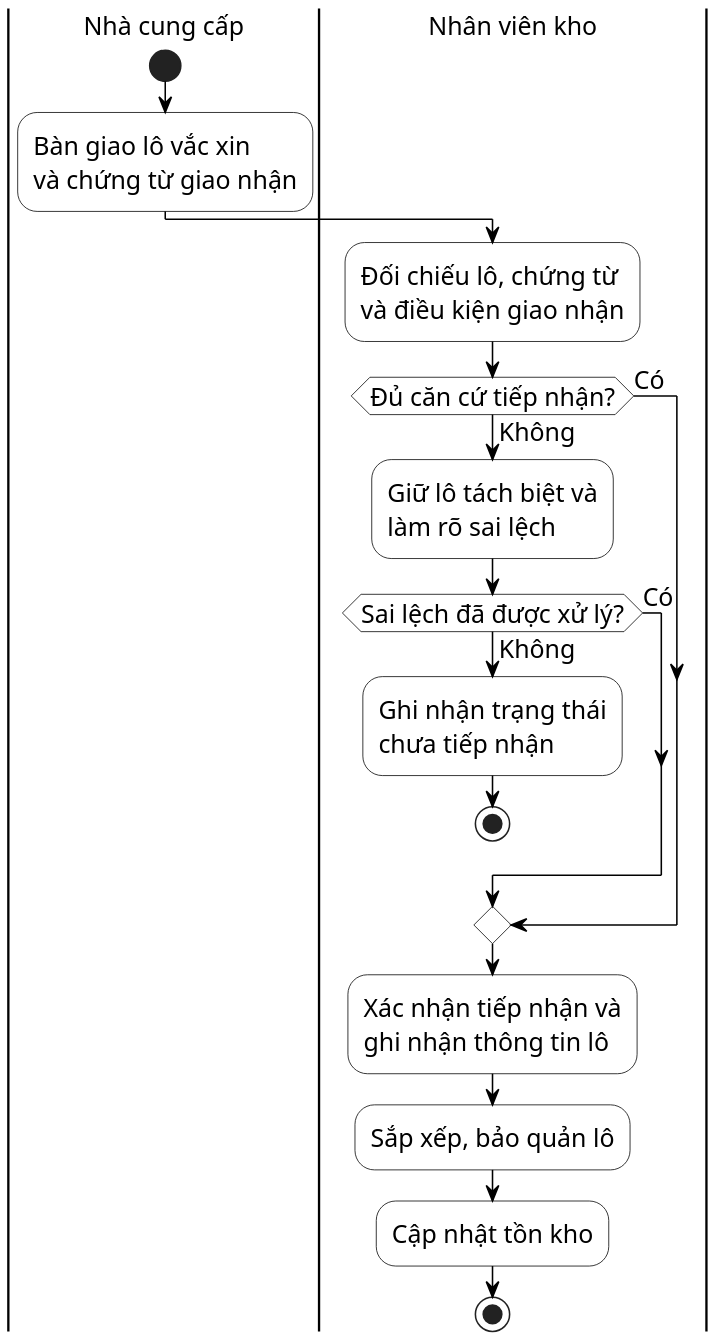
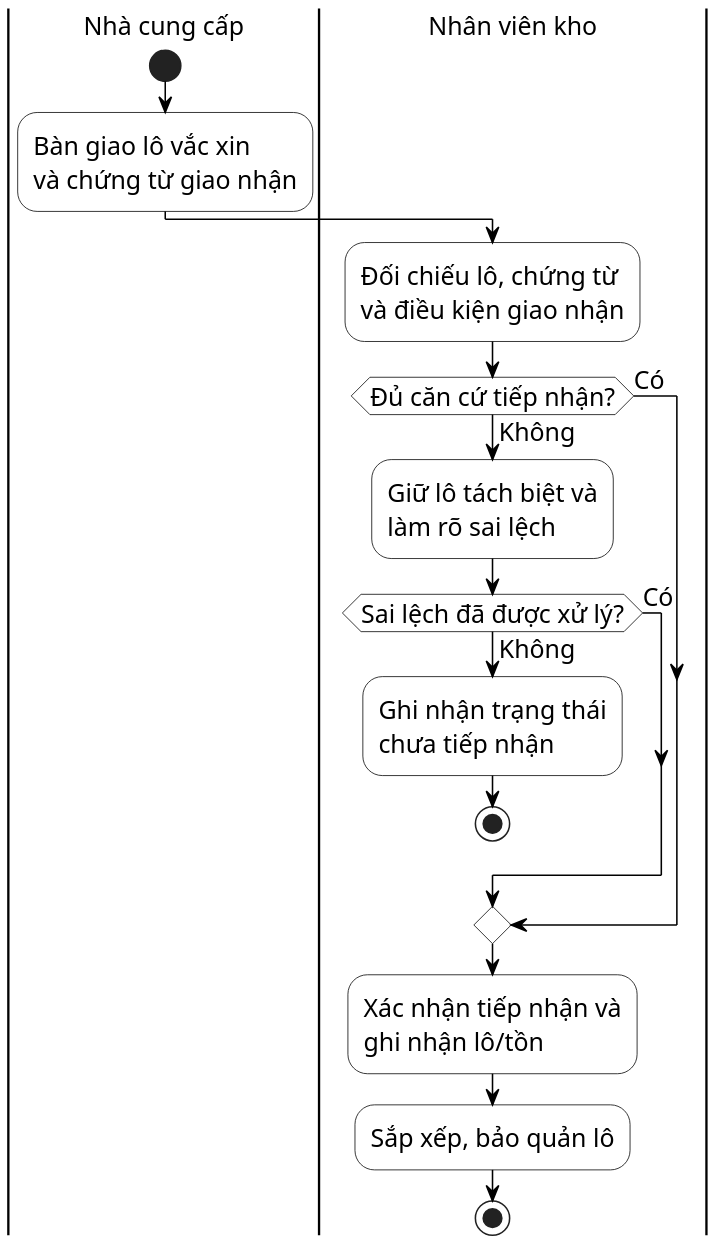
Before and after one commit to datngo1203/KLCN-QuanLyTiemChung: the diagram in docs/thesis/uml/Hinh_2_2_Activity_Nhap_Vac_Xin.puml, drawn with PlantUML. The commit also changed 2 other files, not shown here.

Commit message:
docs: further compact high-density activity diagrams

```diff
--- a/docs/thesis/uml/Hinh_2_2_Activity_Nhap_Vac_Xin.puml
+++ b/docs/thesis/uml/Hinh_2_2_Activity_Nhap_Vac_Xin.puml
@@ -1,38 +1,37 @@
 @startuml
 ' HUIT UML Visual Profile v1 - compact data-aware layout
 skinparam monochrome true
 skinparam shadowing false
 skinparam backgroundColor white
 skinparam defaultFontName "Times New Roman"
 skinparam defaultFontSize 16
 skinparam ArrowColor black
 skinparam ActivityBorderColor black
 skinparam ActivityBackgroundColor white
 skinparam PartitionBorderColor black
 skinparam PartitionBackgroundColor white
 skinparam nodesep 20
 skinparam ranksep 24
 skinparam dpi 180
 
 |Nhà cung cấp|
 start
 :Bàn giao lô vắc xin\nvà chứng từ giao nhận;
 
 |Nhân viên kho|
 :Đối chiếu lô, chứng từ\nvà điều kiện giao nhận;
 
 if (Đủ căn cứ tiếp nhận?) then (Có)
 else (Không)
   :Giữ lô tách biệt và\nlàm rõ sai lệch;
   if (Sai lệch đã được xử lý?) then (Có)
   else (Không)
     :Ghi nhận trạng thái\nchưa tiếp nhận;
     stop
   endif
 endif
 
-:Xác nhận tiếp nhận và\nghi nhận thông tin lô;
+:Xác nhận tiếp nhận và\nghi nhận lô/tồn;
 :Sắp xếp, bảo quản lô;
-:Cập nhật tồn kho;
 stop
 @enduml
```
